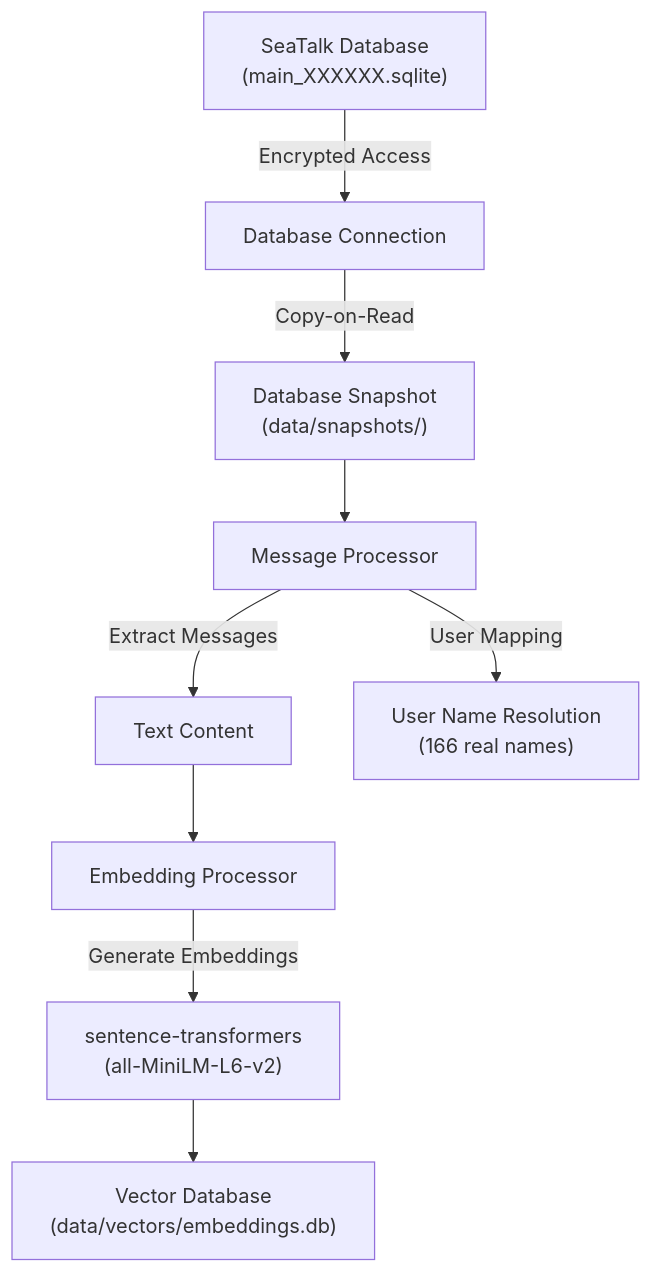
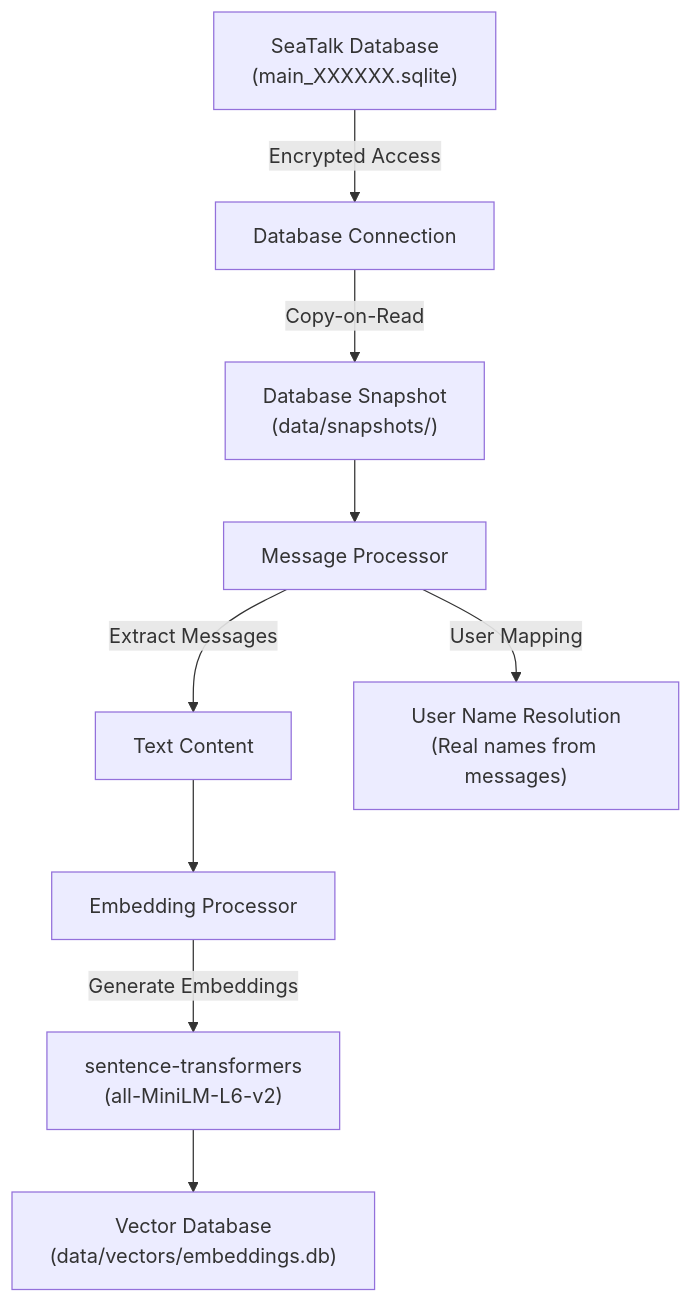
The second of 4 diagrams in README.md (agentcluck77/msg-vector-search), drawn with Mermaid before and after one commit. The commit also changed other lines of this file, not shown here.

Commit message:
docs: Fix database key info and remove development-specific numbers from diagrams

````diff
--- a/README.md
+++ b/README.md
@@ -165,13 +153,13 @@
 ```mermaid
 graph TD
     A["SeaTalk Database<br/>(main_XXXXXX.sqlite)"] -->|Encrypted Access| B["Database Connection"]
     B -->|Copy-on-Read| C["Database Snapshot<br/>(data/snapshots/)"]
     
     C --> D["Message Processor"]
     D -->|Extract Messages| E["Text Content"]
-    D -->|User Mapping| F["User Name Resolution<br/>(166 real names)"]
+    D -->|User Mapping| F["User Name Resolution<br/>(Real names from messages)"]
     
     E --> G["Embedding Processor"]
     G -->|Generate Embeddings| H["sentence-transformers<br/>(all-MiniLM-L6-v2)"]
     H --> I["Vector Database<br/>(data/vectors/embeddings.db)"]
 ```
````
